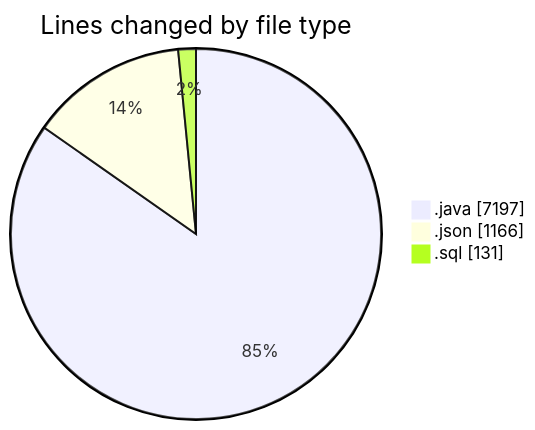
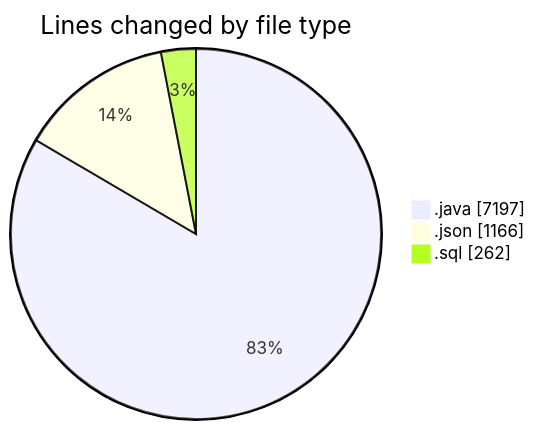
The first of 2 diagrams in 2026-06-10/cilapp/README.md (ricardozamudiocil/code-tracking), drawn with Mermaid before and after one commit. The commit also changed other lines of this file and 1 other file, not shown here.

````diff
--- a/2026-06-10/cilapp/README.md
+++ b/2026-06-10/cilapp/README.md
@@ -23,7 +24,7 @@
 ```mermaid
 pie showData
 title Lines changed by file type
 ".java" : 7197
 ".json" : 1166
-".sql" : 131
+".sql" : 262
 ```
````
